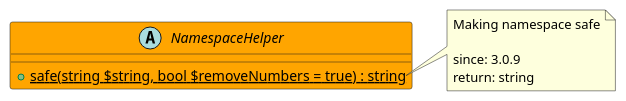
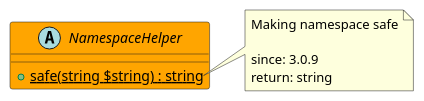
One commit to joomengine/super-powers changed the diagram in src/ce8cf834-6bac-44fb-941c-861f7e046cc0/README.md. Above: the diagram before and after it, drawn with PlantUML. The commit also changed 75 other files, not shown here.

````diff
--- a/src/ce8cf834-6bac-44fb-941c-861f7e046cc0/README.md
+++ b/src/ce8cf834-6bac-44fb-941c-861f7e046cc0/README.md
@@ -11,15 +11,15 @@
 ```uml
 @startuml
 abstract NamespaceHelper  #Orange {
-  + {static} safe(string $string, bool $removeNumbers = true) : string
+  + {static} safe(string $string) : string
 }
 
 note right of NamespaceHelper::safe
   Making namespace safe
 
   since: 3.0.9
   return: string
 end note
  
 @enduml
 ```
````
